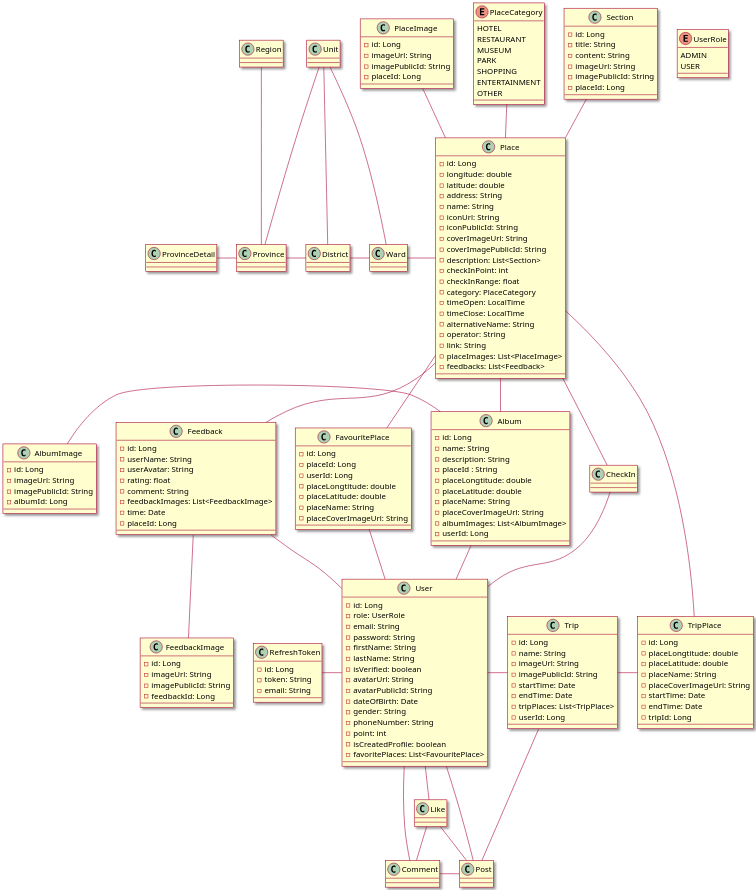
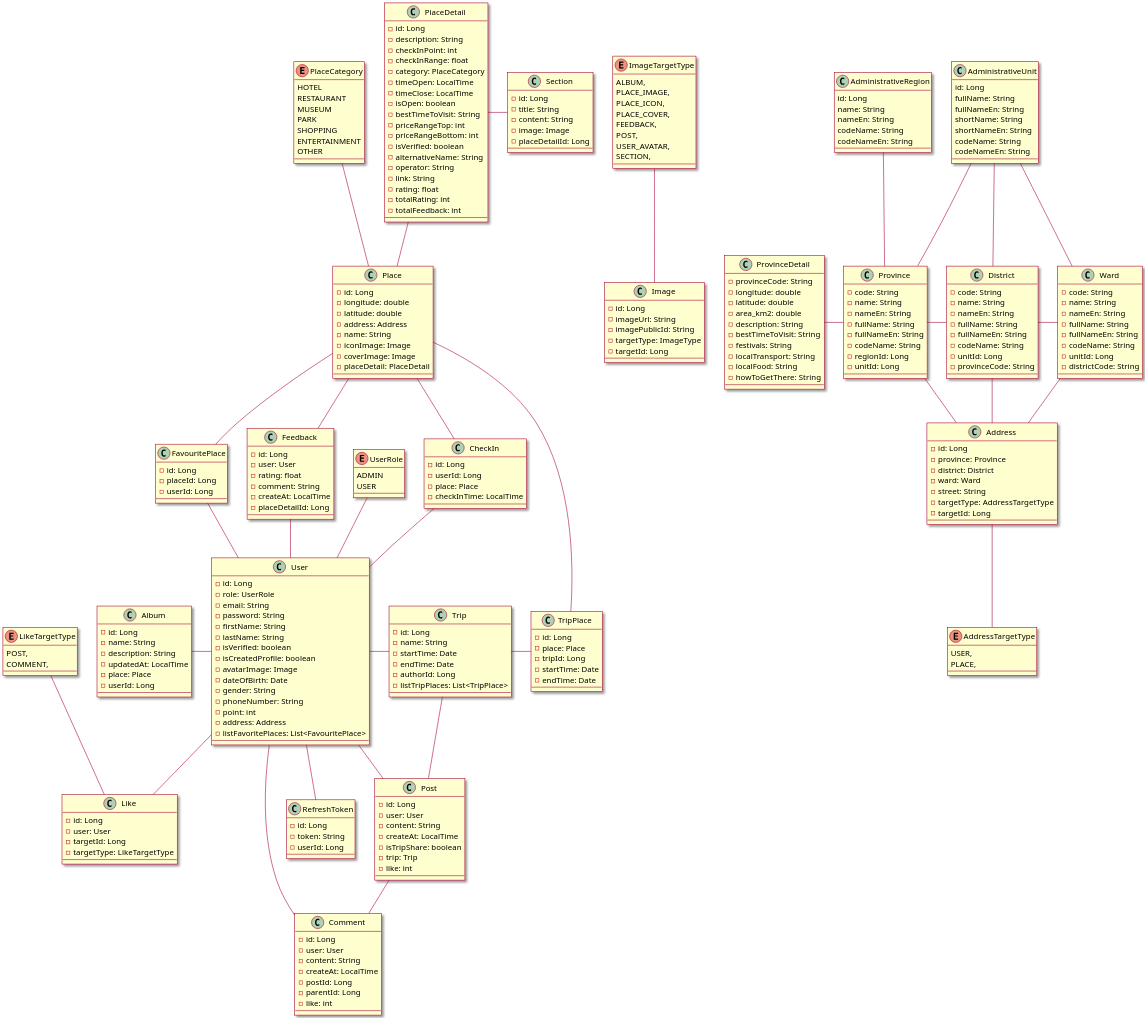
One commit to Griselda4774/WanderFun_Diagram changed the diagram in Class/Class.puml. Above: the diagram before and after it, drawn with PlantUML. The commit also changed 4 other files, not shown here.

```diff
--- a/Class/Class.puml
+++ b/Class/Class.puml
@@ -3,24 +3,112 @@
 skin rose
 scale 2
 
+class AdministrativeRegion {
+    id: Long
+    name: String
+    nameEn: String
+    codeName: String
+    codeNameEn: String
+
+}
+
+class AdministrativeUnit {
+    id: Long
+    fullName: String
+    fullNameEn: String
+    shortName: String
+    shortNameEn: String
+    codeName: String
+    codeNameEn: String
+}
+
+class Province {
+    - code: String
+    - name: String
+    - nameEn: String
+    - fullName: String
+    - fullNameEn: String
+    - codeName: String
+    - regionId: Long
+    - unitId: Long
+}
+
+class District {
+    - code: String
+    - name: String
+    - nameEn: String
+    - fullName: String
+    - fullNameEn: String
+    - codeName: String
+    - unitId: Long
+    - provinceCode: String
+}
+
+class Ward {
+    - code: String
+    - name: String
+    - nameEn: String
+    - fullName: String
+    - fullNameEn: String
+    - codeName: String
+    - unitId: Long
+    - districtCode: String
+}
+
+class ProvinceDetail {
+    - provinceCode: String
+    - longitude: double
+    - latitude: double
+    - area_km2: double
+    - description: String
+    - bestTimeToVisit: String
+    - festivals: String
+    - localTransport: String
+    - localFood: String
+    - howToGetThere: String
+}
+
+class Address {
+    - id: Long
+    - province: Province
+    - district: District
+    - ward: Ward
+    - street: String
+    - targetType: AddressTargetType
+    - targetId: Long
+}
+
+enum AddressTargetType {
+    USER,
+    PLACE,
+}
+
+class Image {
+    - id: Long
+    - imageUrl: String
+    - imagePublicId: String
+    - targetType: ImageType
+    - targetId: Long
+}
+
+enum ImageTargetType {
+    ALBUM,
+    PLACE_IMAGE,
+    PLACE_ICON,
+    PLACE_COVER,
+    FEEDBACK,
+    POST,
+    USER_AVATAR,
+    SECTION,
+}
+
 class Album {
     - id: Long
     - name: String
     - description: String
-    - placeId : String
-    - placeLongtitude: double
-    - placeLatitude: double
-    - placeName: String
-    - placeCoverImageUrl: String
-    - albumImages: List<AlbumImage>
+    - updatedAt: LocalTime
+    - place: Place
     - userId: Long
-}
-
-class AlbumImage {
-    - id: Long
-    - imageUrl: String
-    - imagePublicId: String
-    - albumId: Long
 }
 
 class User {
@@ -31,103 +119,86 @@
     - firstName: String
     - lastName: String
     - isVerified: boolean
-    - avatarUrl: String
-    - avatarPublicId: String
+    - isCreatedProfile: boolean
+    - avatarImage: Image
     - dateOfBirth: Date
     - gender: String
     - phoneNumber: String
     - point: int
-    - isCreatedProfile: boolean
-    - favoritePlaces: List<FavouritePlace>
+    - address: Address
+    - listFavoritePlaces: List<FavouritePlace>
 }
 
 class Place {
     - id: Long
     - longitude: double
     - latitude: double
-    - address: String
+    - address: Address
     - name: String
-    - iconUrl: String
-    - iconPublicId: String
-    - coverImageUrl: String
-    - coverImagePublicId: String
-    - description: List<Section>
+    - iconImage: Image
+    - coverImage: Image
+    - placeDetail: PlaceDetail
+}
+
+class PlaceDetail {
+    - id: Long
+    - description: String
     - checkInPoint: int
     - checkInRange: float
     - category: PlaceCategory
     - timeOpen: LocalTime
     - timeClose: LocalTime
+    - isOpen: boolean
+    - bestTimeToVisit: String
+    - priceRangeTop: int
+    - priceRangeBottom: int
+    - isVerified: boolean
     - alternativeName: String
     - operator: String
     - link: String
-    - placeImages: List<PlaceImage>
-    - feedbacks: List<Feedback>
-}
-
-class PlaceImage {
-    - id: Long
-    - imageUrl: String
-    - imagePublicId: String
-    - placeId: Long
+    - rating: float
+    - totalRating: int
+    - totalFeedback: int
 }
 
 class Feedback {
     - id: Long
-    - userName: String
-    - userAvatar: String
+    - user: User
     - rating: float
     - comment: String
-    - feedbackImages: List<FeedbackImage>
-    - time: Date
-    - placeId: Long
-}
-
-class FeedbackImage {
-    - id: Long
-    - imageUrl: String
-    - imagePublicId: String
-    - feedbackId: Long
+    - createAt: LocalTime
+    - placeDetailId: Long
 }
 
 class Section {
     - id: Long
     - title: String
     - content: String
-    - imageUrl: String
-    - imagePublicId: String
-    - placeId: Long
+    - image: Image
+    - placeDetailId: Long
 }
 
 class FavouritePlace {
     - id: Long
     - placeId: Long
     - userId: Long
-    - placeLongtitude: double
-    - placeLatitude: double
-    - placeName: String
-    - placeCoverImageUrl: String
 }
 
 class Trip {
     - id: Long
     - name: String
-    - imageUrl: String
-    - imagePublicId: String
     - startTime: Date
     - endTime: Date
-    - tripPlaces: List<TripPlace>
-    - userId: Long
+    - authorId: Long
+    - listTripPlaces: List<TripPlace>
 }
 
 class TripPlace {
     - id: Long
-    - placeLongtitude: double
-    - placeLatitude: double
-    - placeName: String
-    - placeCoverImageUrl: String
+    - place: Place
+    - tripId: Long
     - startTime: Date
     - endTime: Date
-    - tripId: Long
 }
 
 enum UserRole {
@@ -148,49 +219,100 @@
 class RefreshToken {
     - id: Long
     - token: String
-    - email: String
+    - userId: Long
+}
+
+class Post {
+    - id: Long
+    - user: User
+    - content: String
+    - createAt: LocalTime
+    - isTripShare: boolean
+    - trip: Trip
+    - like: int
+}
+
+class Comment {
+    - id: Long
+    - user: User
+    - content: String
+    - createAt: LocalTime
+    - postId: Long
+    - parentId: Long
+    - like: int
+}
+
+class Like {
+    - id: Long
+    - user: User
+    - targetId: Long
+    - targetType: LikeTargetType
+}
+
+enum LikeTargetType {
+    POST,
+    COMMENT,
+}
+
+class CheckIn {
+    - id: Long
+    - userId: Long
+    - place: Place
+    - checkInTime: LocalTime
 }
 
 User -right- Trip
-User -up- Album
+User -left- Album
 User -up- FavouritePlace
-User -left- RefreshToken
+User -down- RefreshToken
 User -down- Post
 User -down- Comment
 User -up- CheckIn
 User -down- Like
+User -up- UserRole
 
-Album -left- AlbumImage
-Album -up- Place
+' Album -left- AlbumImage
+' Album -up- Place
 
 Trip -right- TripPlace
 
 Place -down- Feedback
-Place -up- Section
+Place -up- PlaceDetail
 Place -up- PlaceCategory
-Place -up- PlaceImage
-Place -left- Ward
+' Place -up- PlaceImage
 Place -down- FavouritePlace
 Place -down- CheckIn
 Place -down- TripPlace
 
-Feedback -down- FeedbackImage
+PlaceDetail -right- Section
+
+
+' Feedback -up- FeedbackImage
 Feedback -right- User
 
-Province -up- Unit
-Province -up- Region
+Province -up- AdministrativeUnit
+Province -up- AdministrativeRegion
 Province -left- ProvinceDetail
 
-District -up- Unit
+District -up- AdministrativeUnit
 District -left- Province
 
-Ward -up- Unit
+Ward -up- AdministrativeUnit
 Ward -left- District
 
-Post -left- Comment
-Post -up- Like
+Post -down- Comment
+' Post -up- Like
 Post -up- Trip
 
-Comment -up- Like
+' Comment -up- Like
+
+Address -up- Province
+Address -up- District
+Address -up- Ward
+Address -down- AddressTargetType
+
+Image -up- ImageTargetType
+
+Like -up- LikeTargetType
 
 @enduml
```
